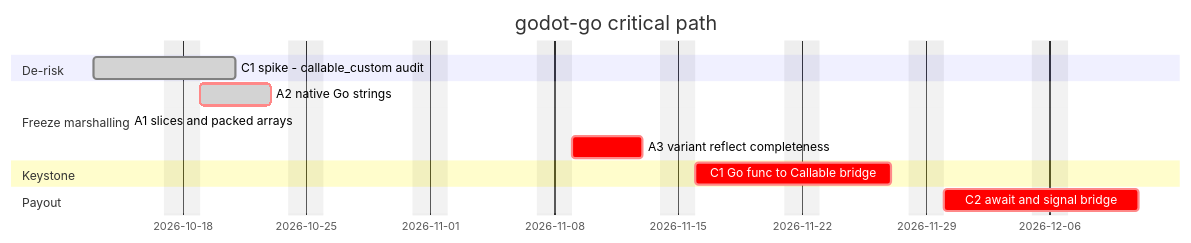
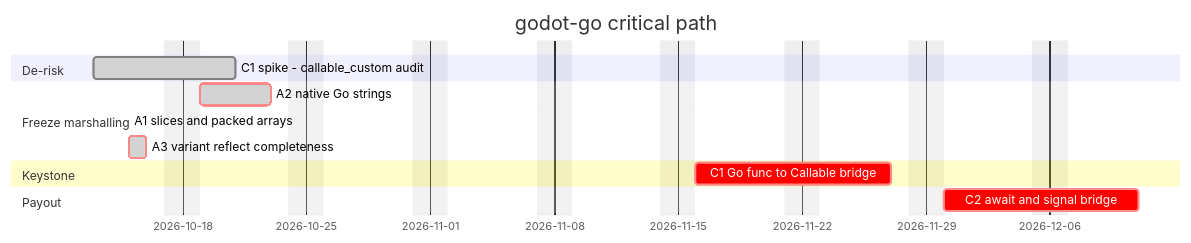
The second of 2 diagrams in docs/roadmap.md (godot-go/godot-go), drawn with Mermaid before and after one commit. The commit also changed other lines of this file and 30 other files, not shown here.

First line of the commit message:
feat: support variant reflect completeness (#158)

````diff
--- a/docs/roadmap.md
+++ b/docs/roadmap.md
@@ -303,16 +309,16 @@
 ```mermaid
 gantt
     title godot-go critical path
     dateFormat YYYY-MM-DD
     excludes weekends
     section De-risk
     C1 spike - callable_custom audit   :done, s1, 2026-10-13, 2026-10-21
     section Freeze marshalling
     A2 native Go strings               :done, crit, s2, 2026-10-19, 2026-10-23
     A1 slices and packed arrays        :done, crit, s3, 2026-10-15, 2026-10-15
-    A3 variant reflect completeness    :crit, s4, 2026-11-09, 2026-11-13
+    A3 variant reflect completeness    :done, crit, s4, 2026-10-15, 2026-10-16
     section Keystone
     C1 Go func to Callable bridge      :crit, s5, 2026-11-16, 2026-11-27
     section Payout
     C2 await and signal bridge         :crit, s6, 2026-11-30, 2026-12-11
 ```
````
